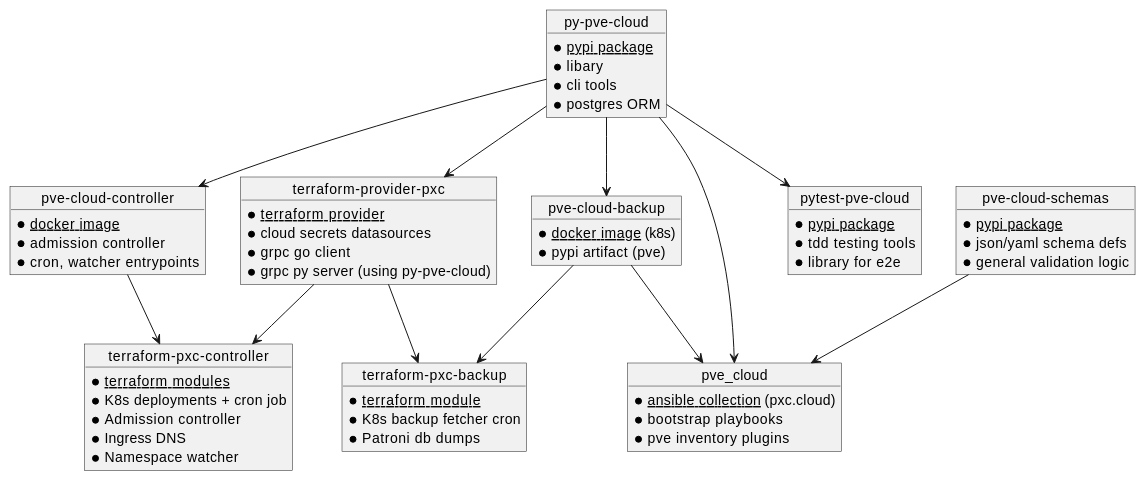
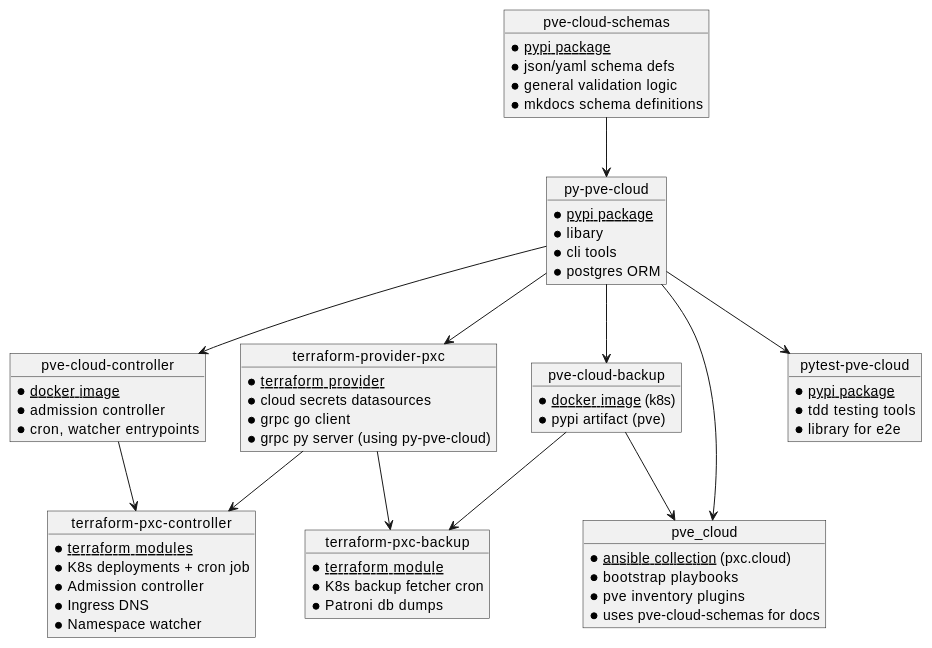
One commit to Proxmox-Cloud/pve_cloud changed the diagram in docs/cloud-arch.md. Above: the diagram before and after it, drawn with PlantUML. The commit also changed 6 other files, not shown here.

````diff
--- a/docs/cloud-arch.md
+++ b/docs/cloud-arch.md
@@ -52,12 +52,14 @@
   * <u>ansible collection</u> (pxc.cloud)
   * bootstrap playbooks
   * pve inventory plugins
+  * uses pve-cloud-schemas for docs
 }
 
 object "pve-cloud-schemas" as cloud_schemas {
   * <u>pypi package</u>
   * json/yaml schema defs
   * general validation logic
+  * mkdocs schema definitions
 }
 
 object "pytest-pve-cloud" as pytest_pve_cloud {
@@ -80,7 +82,7 @@
 backup_image --> backup_module
 backup_image --> cloud_collection
 
-cloud_schemas --> cloud_collection
+cloud_schemas --> py_pve_cloud
 
 @enduml
 ```
````
